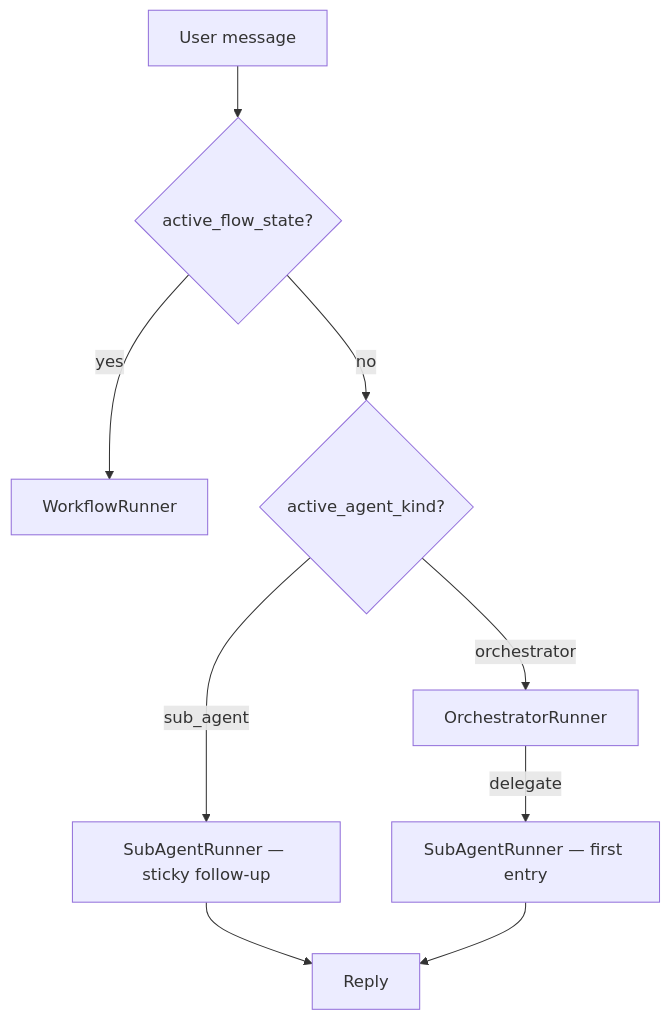
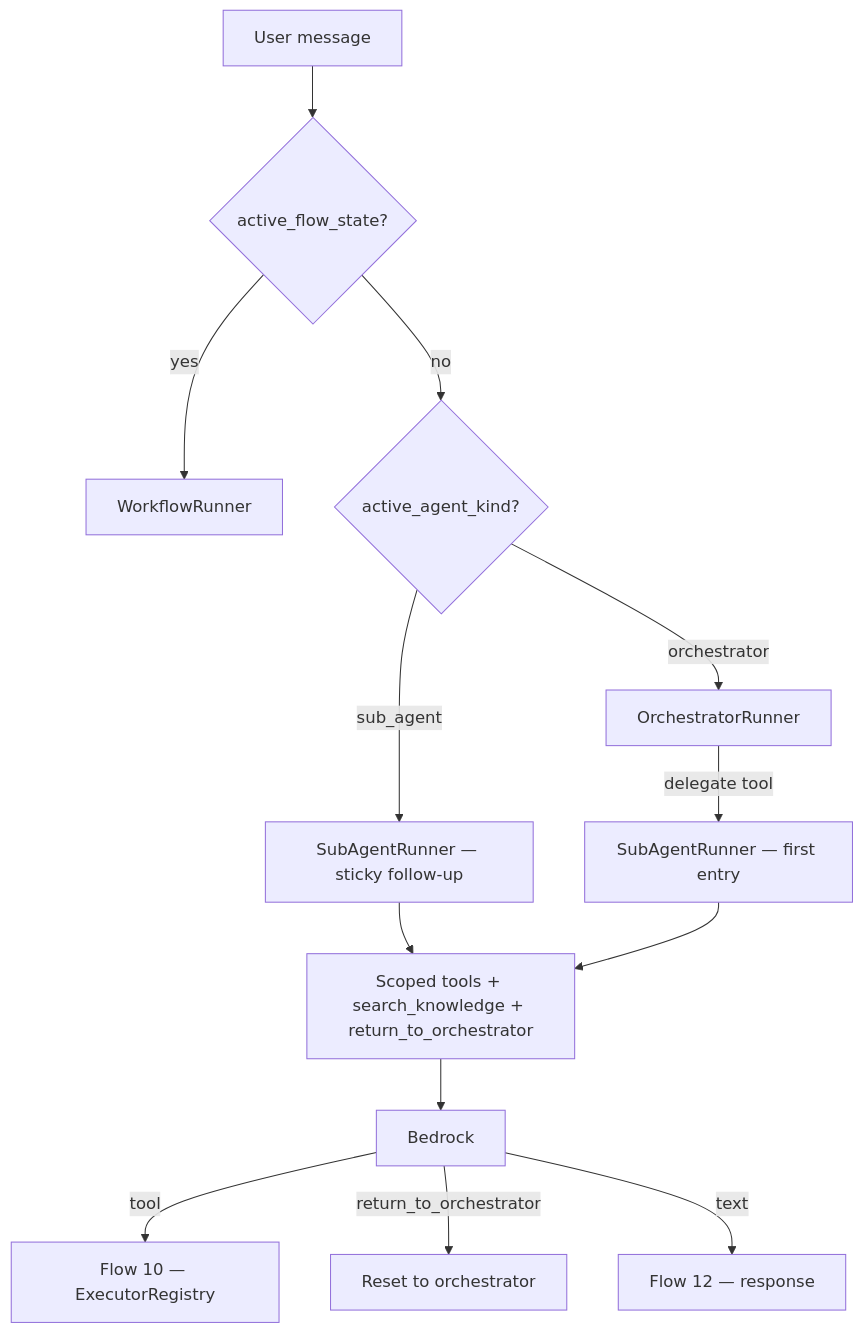
One commit to shehan-jayasinghe/bot-builder changed the diagram in backend/document/chat/02-sub-agent-delegation-at-chat-diagrams.md. Above: the diagram before and after it, drawn with Mermaid. The commit also changed other lines of this file and 38 other files, not shown here.

````diff
--- a/backend/document/chat/02-sub-agent-delegation-at-chat-diagrams.md
+++ b/backend/document/chat/02-sub-agent-delegation-at-chat-diagrams.md
@@ -31,12 +17,16 @@
 ```mermaid
 flowchart TB
     MSG[User message]
     MSG --> WF{active_flow_state?}
     WF -->|yes| WORK[WorkflowRunner]
     WF -->|no| KIND{active_agent_kind?}
     KIND -->|sub_agent| STICKY[SubAgentRunner — sticky follow-up]
     KIND -->|orchestrator| ORCH[OrchestratorRunner]
-    ORCH -->|delegate| DELEG[SubAgentRunner — first entry]
-    STICKY --> REPLY[Reply]
-    DELEG --> REPLY
+    ORCH -->|delegate tool| DELEG[SubAgentRunner — first entry]
+    STICKY --> SCOPE[Scoped tools + search_knowledge + return_to_orchestrator]
+    DELEG --> SCOPE
+    SCOPE --> LLM[Bedrock]
+    LLM -->|tool| EXEC[Flow 10 — ExecutorRegistry]
+    LLM -->|return_to_orchestrator| EXIT[Reset to orchestrator]
+    LLM -->|text| REPLY[Flow 12 — response]
 ```
````
